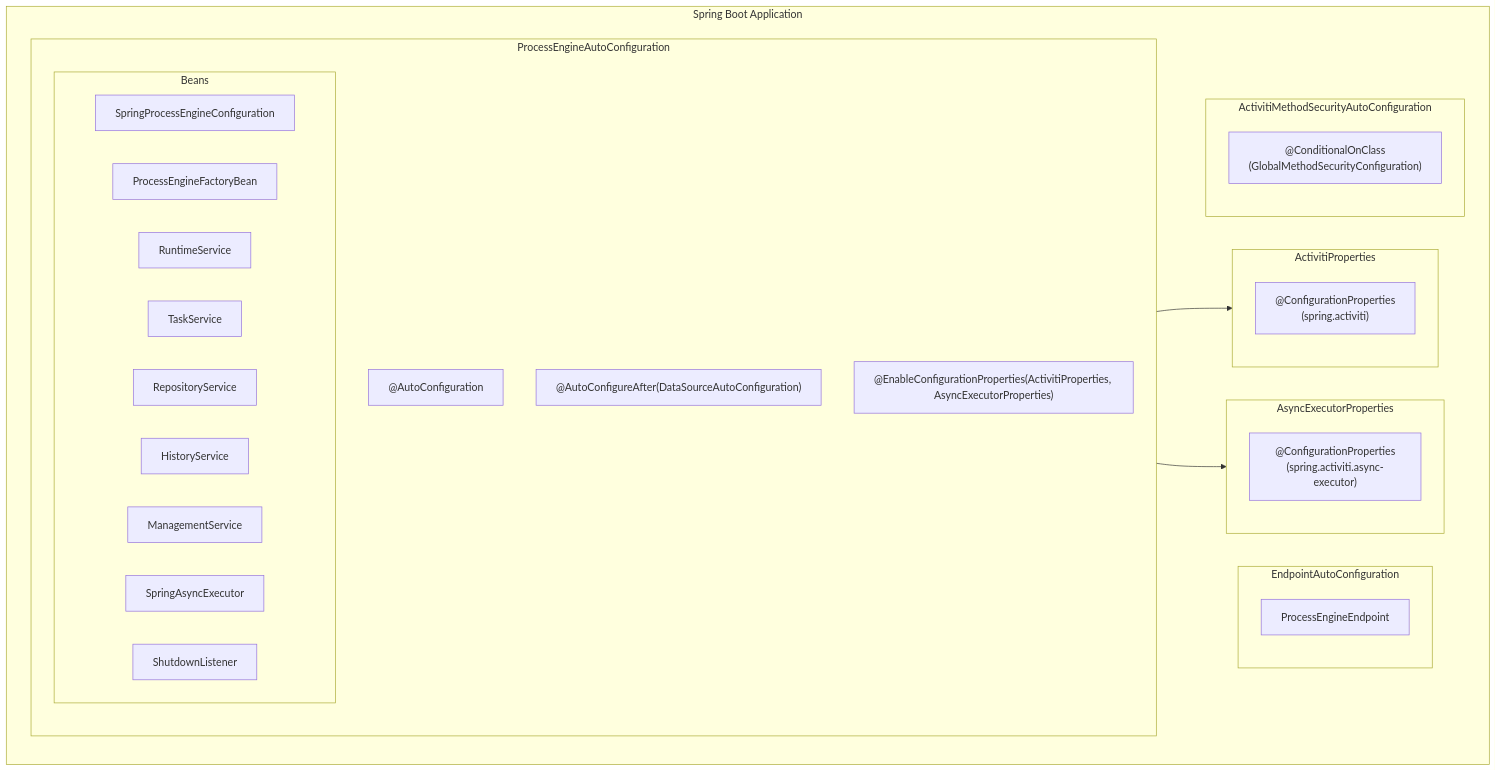
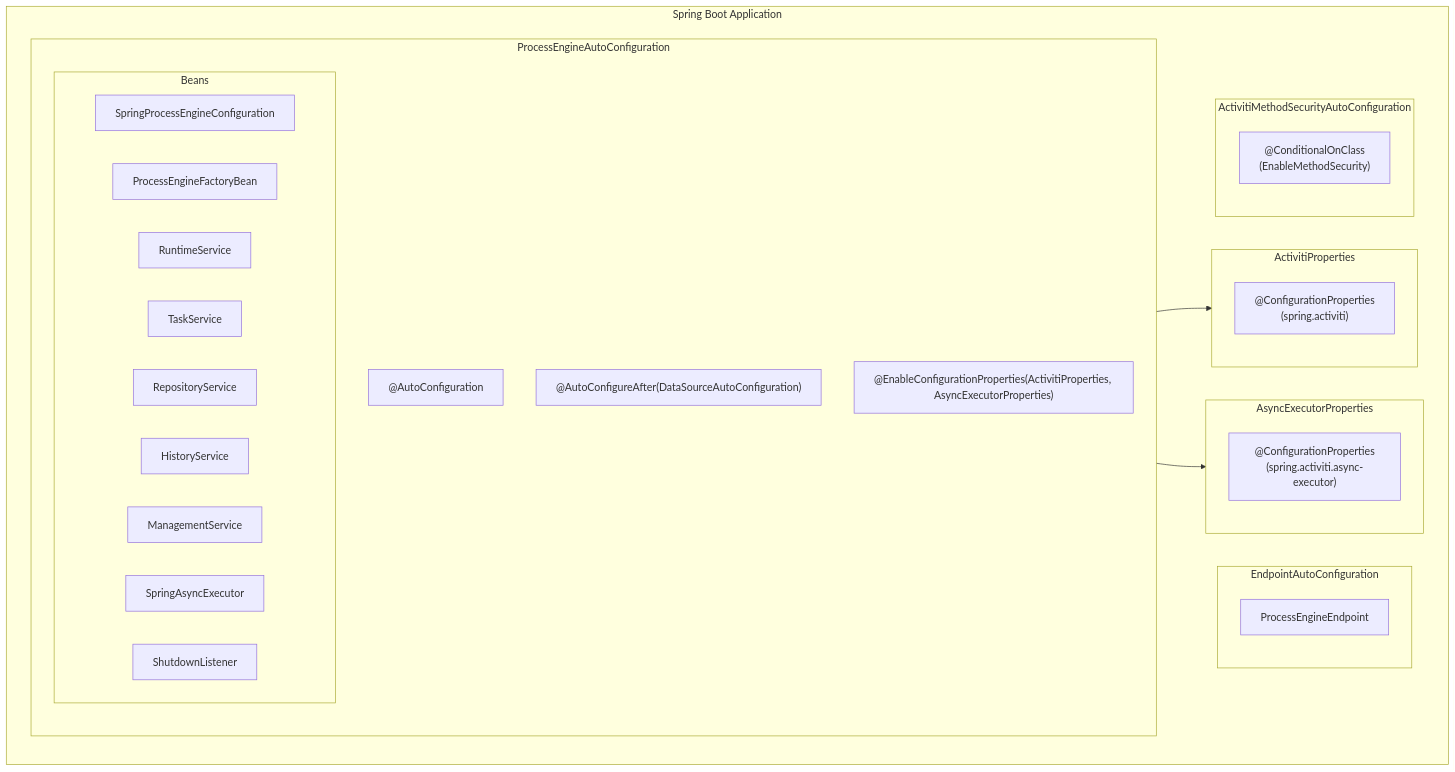
One commit to CaptainGlac1er/activiti-documentation changed the second of 2 diagrams in docs/activiti/api-reference/engine-api/spring-boot-starter.mdx. Above: the diagram before and after it, drawn with Mermaid. The commit also changed other lines of this file and 91 other files, not shown here.

````diff
--- a/docs/activiti/api-reference/engine-api/spring-boot-starter.mdx
+++ b/docs/activiti/api-reference/engine-api/spring-boot-starter.mdx
@@ -132,41 +132,41 @@
 ```mermaid
 flowchart TD
     subgraph SpringBootApp["Spring Boot Application"]
         subgraph AutoConfig["ProcessEngineAutoConfiguration"]
             AC1["@AutoConfiguration"]
             AC2["@AutoConfigureAfter(DataSourceAutoConfiguration)"]
             AC3["@EnableConfigurationProperties(ActivitiProperties, AsyncExecutorProperties)"]
 
             subgraph Beans["Beans"]
                 B1["SpringProcessEngineConfiguration"]
                 B2["ProcessEngineFactoryBean"]
                 B3["RuntimeService"]
                 B4["TaskService"]
                 B5["RepositoryService"]
                 B6["HistoryService"]
                 B7["ManagementService"]
                 B8["SpringAsyncExecutor"]
                 B9["ShutdownListener"]
             end
         end
 
         subgraph Properties["ActivitiProperties"]
             P1["@ConfigurationProperties<br>(spring.activiti)"]
         end
 
         subgraph AsyncProps["AsyncExecutorProperties"]
             P2["@ConfigurationProperties<br>(spring.activiti.async-executor)"]
         end
 
         subgraph EndpointCfg["EndpointAutoConfiguration"]
             E1["ProcessEngineEndpoint"]
         end
 
         subgraph SecurityCfg["ActivitiMethodSecurityAutoConfiguration"]
-            S1["@ConditionalOnClass<br>(GlobalMethodSecurityConfiguration)"]
+            S1["@ConditionalOnClass<br>(EnableMethodSecurity)"]
         end
     end
 
     AutoConfig --> Properties
     AutoConfig --> AsyncProps
 ```
````
